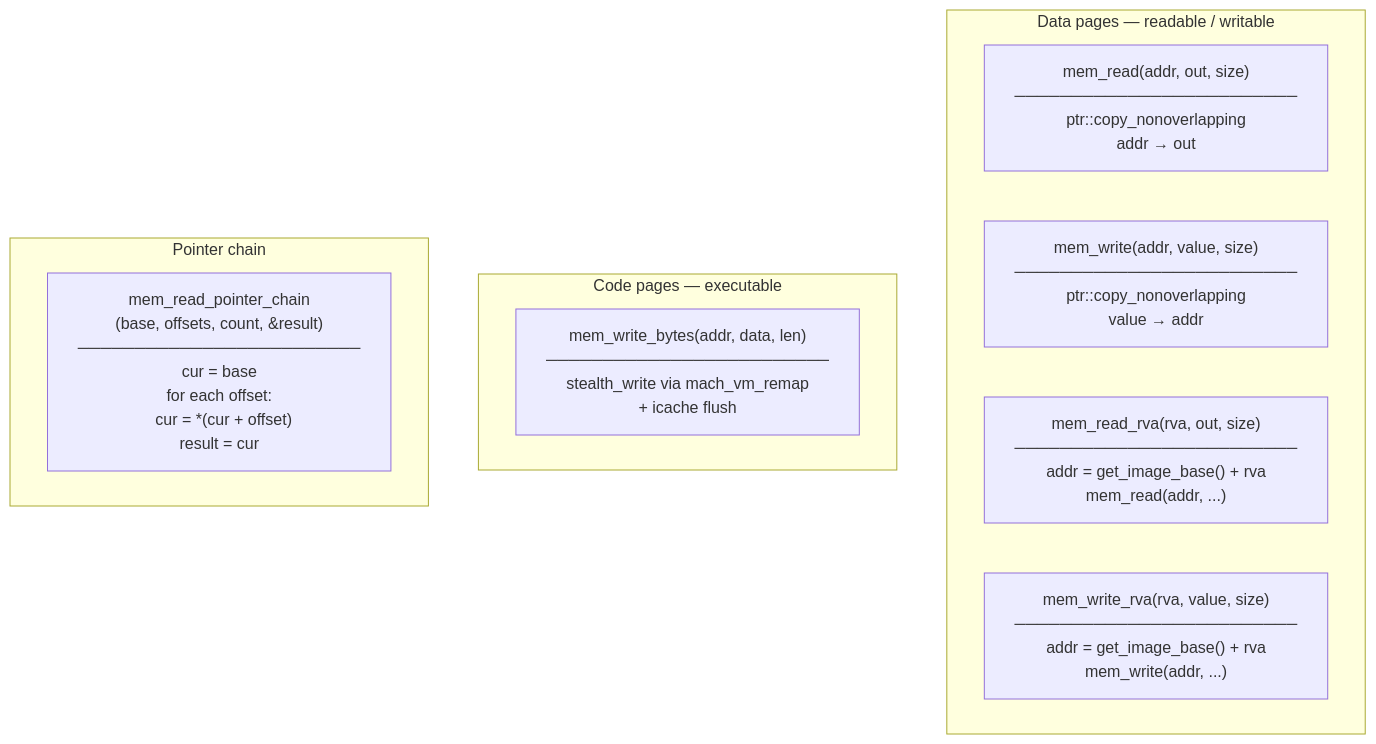
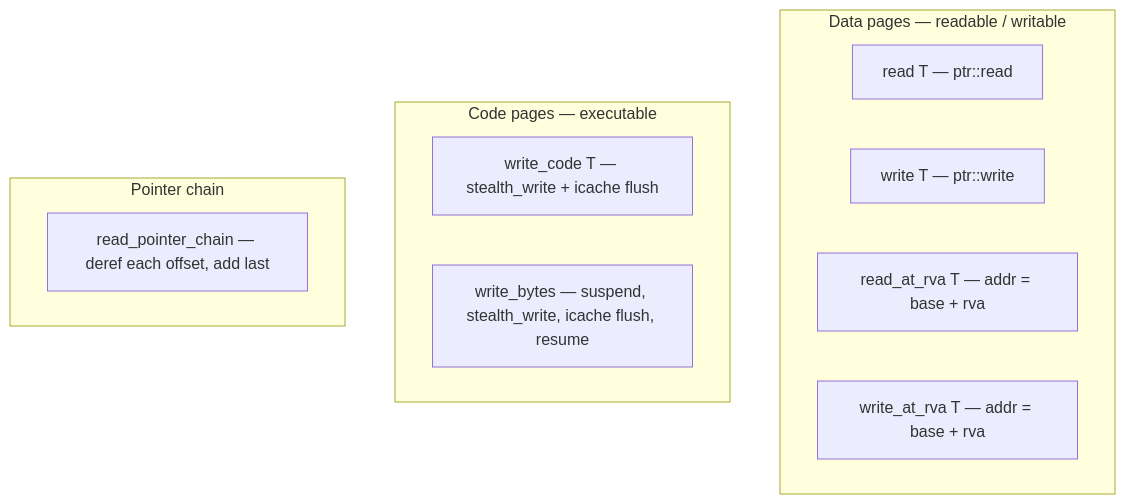
Before and after one commit to Batchhh/libspecter: diagram 14 of 20 in docs/architecture.md, drawn with Mermaid. The commit also changed other lines of this file and 7 other files, not shown here.

````diff
--- a/docs/architecture.md
+++ b/docs/architecture.md
@@ -329,17 +380,18 @@
 ```mermaid
 flowchart TD
-    subgraph DataPages["Data pages — readable / writable"]
-        MemRead["mem_read(addr, out, size)<br/>─────────────────────────<br/>ptr::copy_nonoverlapping<br/>addr → out"]
-        MemWrite["mem_write(addr, value, size)<br/>─────────────────────────<br/>ptr::copy_nonoverlapping<br/>value → addr"]
-        MemReadRVA["mem_read_rva(rva, out, size)<br/>─────────────────────────<br/>addr = get_image_base() + rva<br/>mem_read(addr, ...)"]
-        MemWriteRVA["mem_write_rva(rva, value, size)<br/>─────────────────────────<br/>addr = get_image_base() + rva<br/>mem_write(addr, ...)"]
+    subgraph DataPages[Data pages — readable / writable]
+        MemRead[read T — ptr::read]
+        MemWrite[write T — ptr::write]
+        MemReadRVA[read_at_rva T — addr = base + rva]
+        MemWriteRVA[write_at_rva T — addr = base + rva]
     end
 
-    subgraph CodePages["Code pages — executable"]
-        MemWriteBytes["mem_write_bytes(addr, data, len)<br/>─────────────────────────<br/>stealth_write via mach_vm_remap<br/>+ icache flush"]
+    subgraph CodePages[Code pages — executable]
+        WriteCode[write_code T — stealth_write + icache flush]
+        WriteBytes[write_bytes — suspend, stealth_write, icache flush, resume]
     end
 
-    subgraph Chain["Pointer chain"]
-        MemChain["mem_read_pointer_chain<br/>(base, offsets, count, &result)<br/>─────────────────────────<br/>cur = base<br/>for each offset:<br/>  cur = *(cur + offset)<br/>result = cur"]
+    subgraph Chain[Pointer chain]
+        MemChain[read_pointer_chain — deref each offset, add last]
     end
 ```
````
